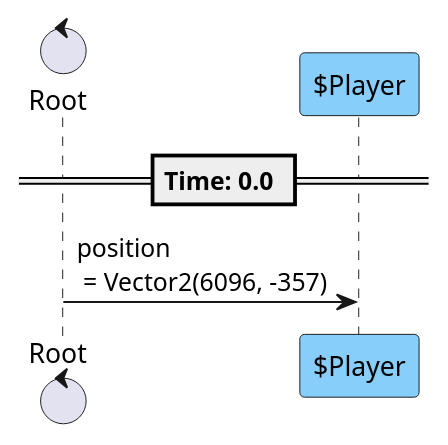
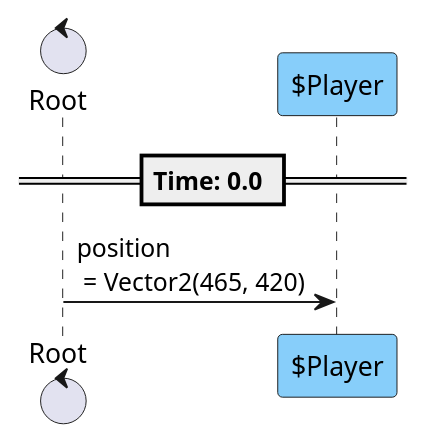
Before and after one commit to tkmfujise/Platformer-Game-Learning: the second of 8 diagrams in content/scenes/src/chapters/0/stages/0/stage_0.tscn.adoc, drawn with PlantUML. The commit also changed other lines of this file and 11 other files, not shown here.

```diff
--- a/content/scenes/src/chapters/0/stages/0/stage_0.tscn.adoc
+++ b/content/scenes/src/chapters/0/stages/0/stage_0.tscn.adoc
@@ -306,12 +307,12 @@
 [plantuml]
 ....
 control "Root" as R
 participant "$Player" as T0 #87CEFA
 
 
 
 == Time: 0.0 ==
-R  ->  T0 : position\n = Vector2(6096, -357)
+R  ->  T0 : position\n = Vector2(465, 420)
 
 
 ....
```
